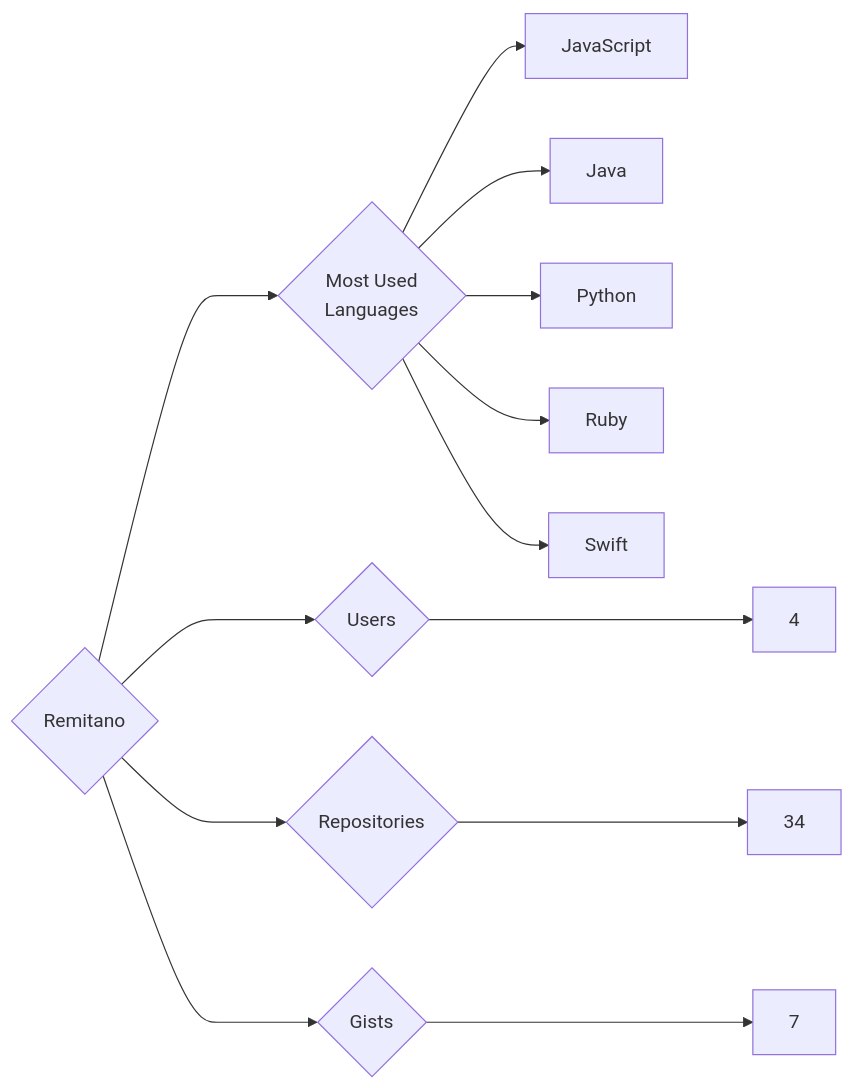
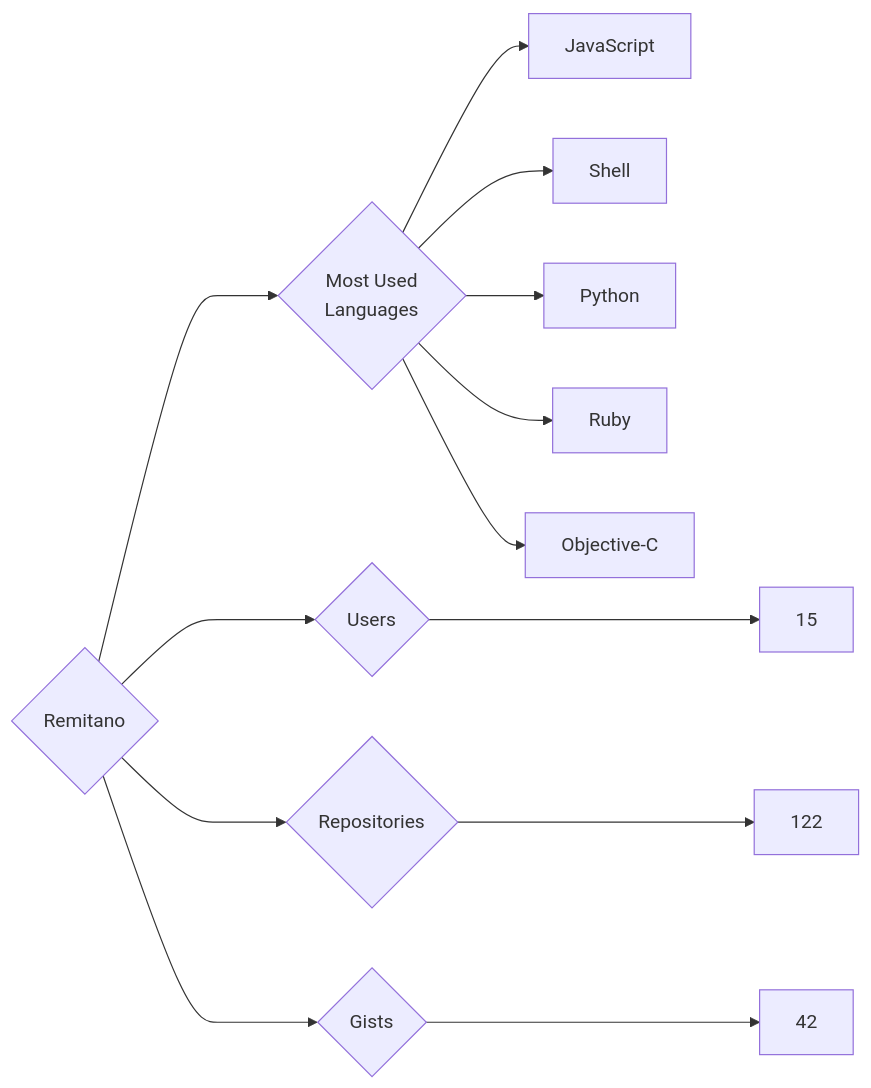
Before and after one commit to trickest/insiders: the diagram in targets/Remitano/README.md, drawn with Mermaid. The commit also changed 1696 other files, not shown here.

````diff
--- a/targets/Remitano/README.md
+++ b/targets/Remitano/README.md
@@ -3,13 +3,13 @@
 ```mermaid
 graph LR
 COMPANY_NAME{Remitano}
-COMPANY_NAME ---> U{Users} ---> UN[4]
-COMPANY_NAME ---> R{Repositories} ---> RN[34]
-COMPANY_NAME ---> G{Gists} ---> GN[7]
+COMPANY_NAME ---> U{Users} ---> UN[15]
+COMPANY_NAME ---> R{Repositories} ---> RN[122]
+COMPANY_NAME ---> G{Gists} ---> GN[42]
 COMPANY_NAME ---> ML{Most Used<br>Languages}
 ML --> JavaScript[JavaScript]
-ML --> Java[Java]
+ML --> Shell[Shell]
 ML --> Python[Python]
 ML --> Ruby[Ruby]
-ML --> Swift[Swift]
+ML --> Objective-C[Objective-C]
 ```
````
